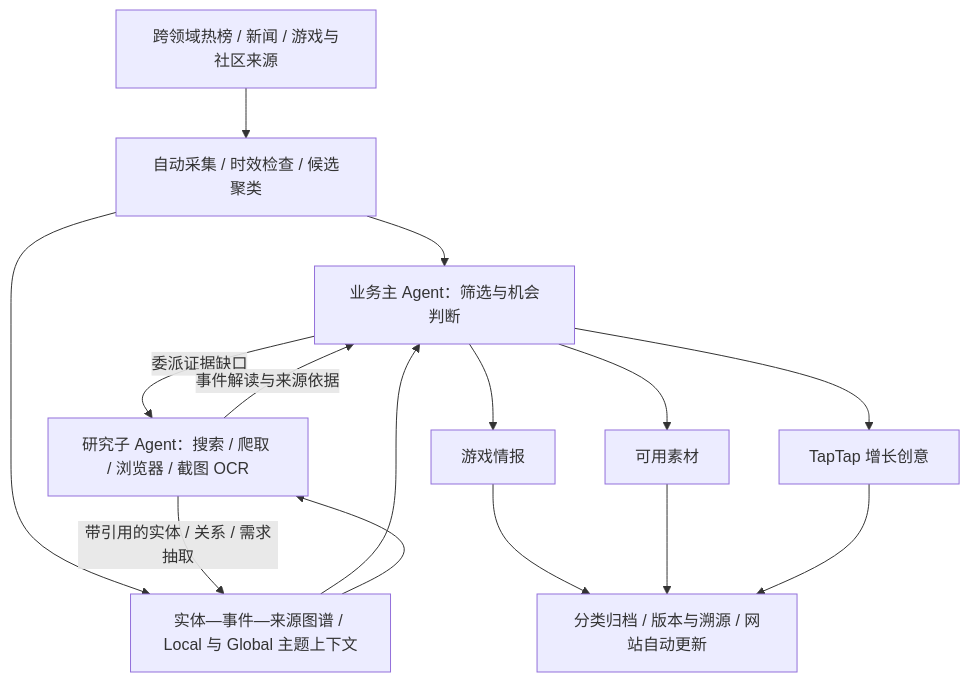
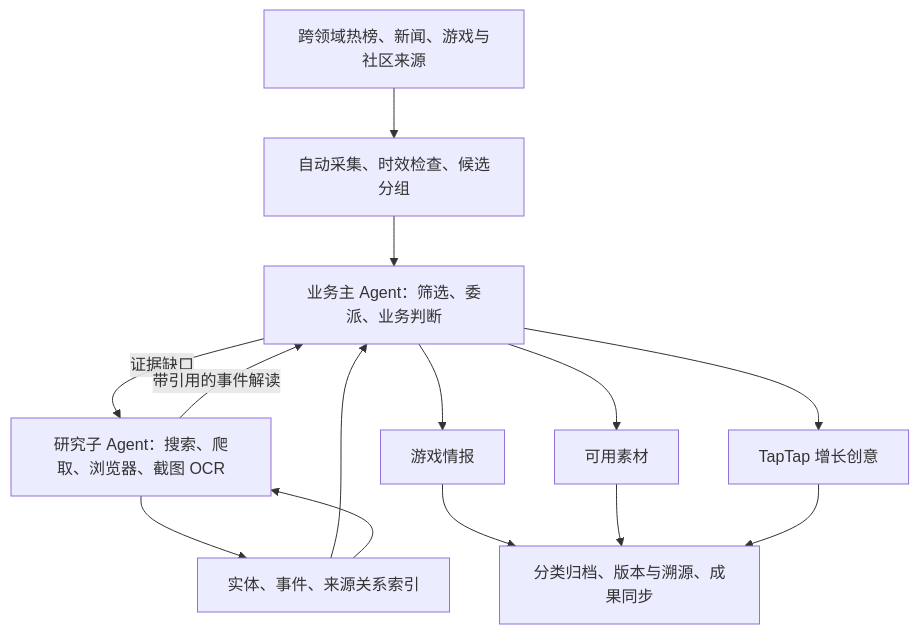
The diagram in README.md (hccccc01333/taptap-hotspot-intel), drawn with Mermaid before and after one commit. The commit also changed other lines of this file and 40 other files, not shown here.

````diff
--- a/README.md
+++ b/README.md
@@ -119,17 +33,16 @@
 ```mermaid
 flowchart TD
-    Sources[跨领域热榜 / 新闻 / 游戏与社区来源] --> Discovery[自动采集 / 时效检查 / 候选聚类]
-    Discovery --> Main[业务主 Agent：筛选与机会判断]
-    Discovery --> Graph[实体—事件—来源图谱 / Local 与 Global 主题上下文]
+    Source[跨领域热榜、新闻、游戏与社区来源] --> Discovery[自动采集、时效检查、候选分组]
+    Discovery --> Main[业务主 Agent：筛选、委派、业务判断]
+    Main -->|证据缺口| Research[研究子 Agent：搜索、爬取、浏览器、截图 OCR]
+    Research -->|带引用的事件解读| Main
+    Research --> Graph[实体、事件、来源关系索引]
     Graph --> Main
     Graph --> Research
-    Main -->|委派证据缺口| Research[研究子 Agent：搜索 / 爬取 / 浏览器 / 截图 OCR]
-    Research -->|带引用的实体 / 关系 / 需求抽取| Graph
-    Research -->|事件解读与来源依据| Main
-    Main --> Intelligence[游戏情报]
-    Main --> Materials[可用素材]
-    Main --> Ideas[TapTap 增长创意]
-    Intelligence --> Library[分类归档 / 版本与溯源 / 网站自动更新]
-    Materials --> Library
-    Ideas --> Library
+    Main --> Intel[游戏情报]
+    Main --> Material[可用素材]
+    Main --> Idea[TapTap 增长创意]
+    Intel --> Archive[分类归档、版本与溯源、成果同步]
+    Material --> Archive
+    Idea --> Archive
 ```
````
